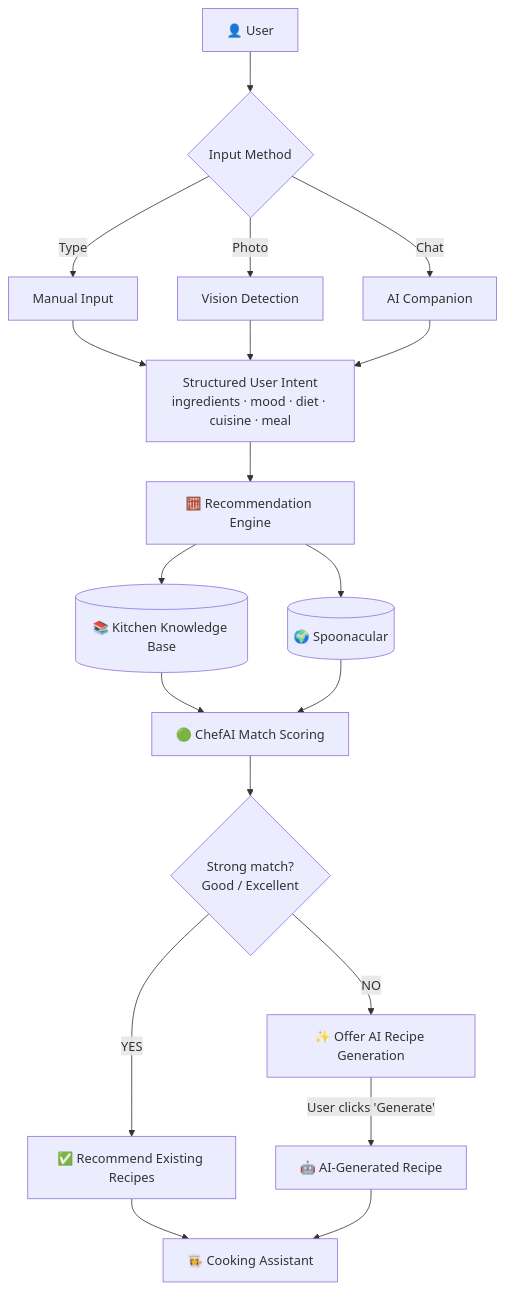
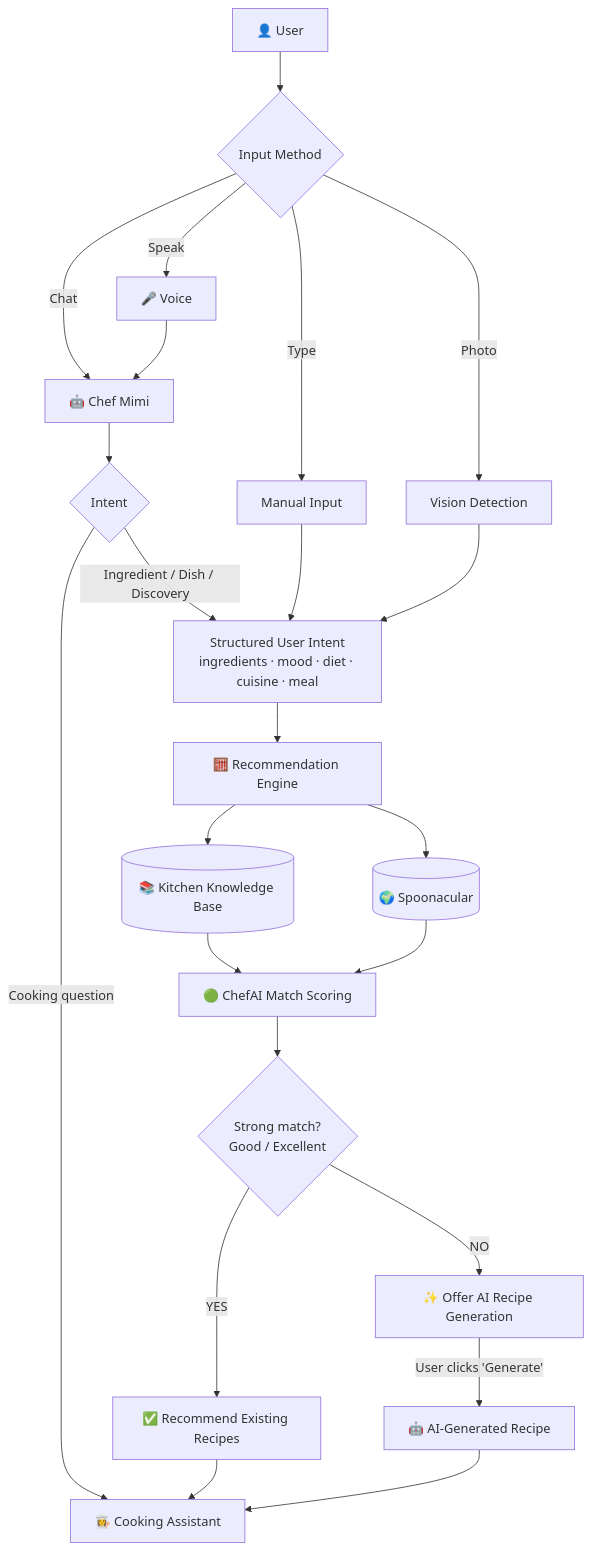
Before and after one commit to 24jainnikita/ChefAI: the diagram in README.md, drawn with Mermaid. The commit also changed other lines of this file, not shown here.

````diff
--- a/README.md
+++ b/README.md
@@ -77,25 +81,30 @@
 ```mermaid
 flowchart TD
     A[👤 User] --> B{Input Method}
     B -->|Type| C[Manual Input]
+    B -->|Speak| V[🎤 Voice]
     B -->|Photo| D[Vision Detection]
-    B -->|Chat| E[AI Companion]
+    B -->|Chat| E[🤖 Chef Mimi]
+
+    V --> E
+    E --> E1{Intent}
+    E1 -->|Ingredient / Dish / Discovery| F
+    E1 -->|Cooking question| M
 
     C --> F[Structured User Intent<br/>ingredients · mood · diet · cuisine · meal]
     D --> F
-    E --> F
 
     F --> G[🧮 Recommendation Engine]
     G --> H[(📚 Kitchen Knowledge Base)]
     G --> I[(🌍 Spoonacular)]
     H --> J[🟢 ChefAI Match Scoring]
     I --> J
 
     J --> K{Strong match?<br/>Good / Excellent}
     K -->|YES| L[✅ Recommend Existing Recipes]
     L --> M[👩‍🍳 Cooking Assistant]
 
     K -->|NO| N[✨ Offer AI Recipe Generation]
     N -->|User clicks 'Generate'| O[🤖 AI-Generated Recipe]
     O --> M
 ```
````
